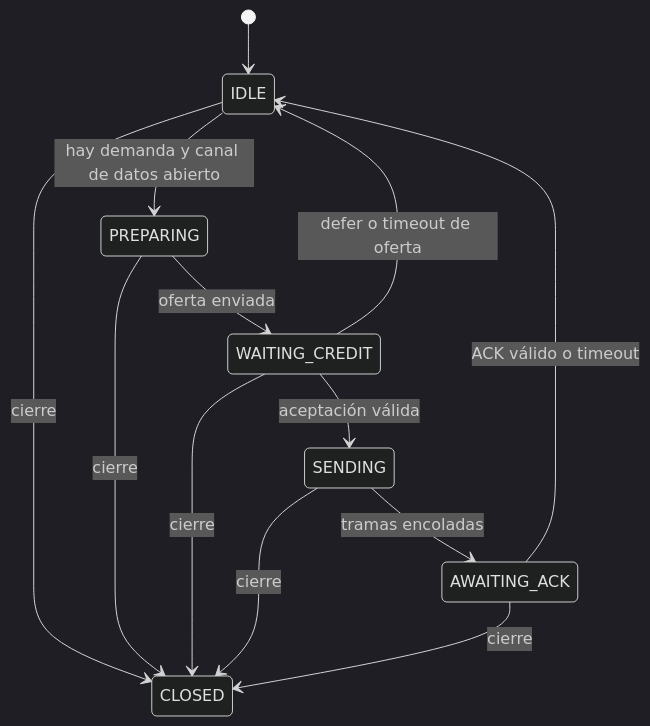
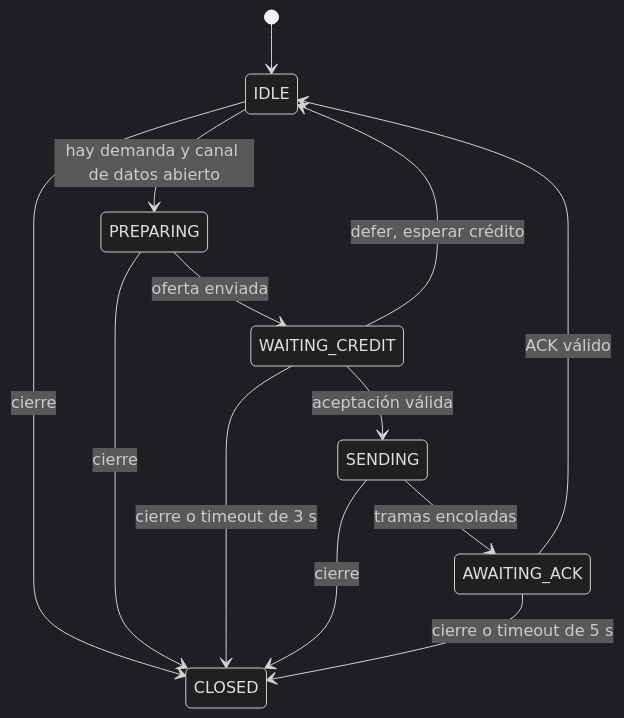
The second of 2 diagrams in PROTOCOLOS_Y_ALGORITMOS_UHIP.md (emmanuel-galileo/holamundo), drawn with Mermaid (dark theme) before and after one commit. The commit also changed other lines of this file and 143 other files, not shown here.

````diff
--- a/PROTOCOLOS_Y_ALGORITMOS_UHIP.md
+++ b/PROTOCOLOS_Y_ALGORITMOS_UHIP.md
@@ -617,15 +617,15 @@
 ```mermaid
 stateDiagram-v2
     [*] --> IDLE
     IDLE --> PREPARING: hay demanda y canal de datos abierto
     PREPARING --> WAITING_CREDIT: oferta enviada
     WAITING_CREDIT --> SENDING: aceptación válida
-    WAITING_CREDIT --> IDLE: defer o timeout de oferta
+    WAITING_CREDIT --> IDLE: defer, esperar crédito
     SENDING --> AWAITING_ACK: tramas encoladas
-    AWAITING_ACK --> IDLE: ACK válido o timeout
+    AWAITING_ACK --> IDLE: ACK válido
     IDLE --> CLOSED: cierre
     PREPARING --> CLOSED: cierre
-    WAITING_CREDIT --> CLOSED: cierre
+    WAITING_CREDIT --> CLOSED: cierre o timeout de 3 s
     SENDING --> CLOSED: cierre
-    AWAITING_ACK --> CLOSED: cierre
+    AWAITING_ACK --> CLOSED: cierre o timeout de 5 s
 ```
````
